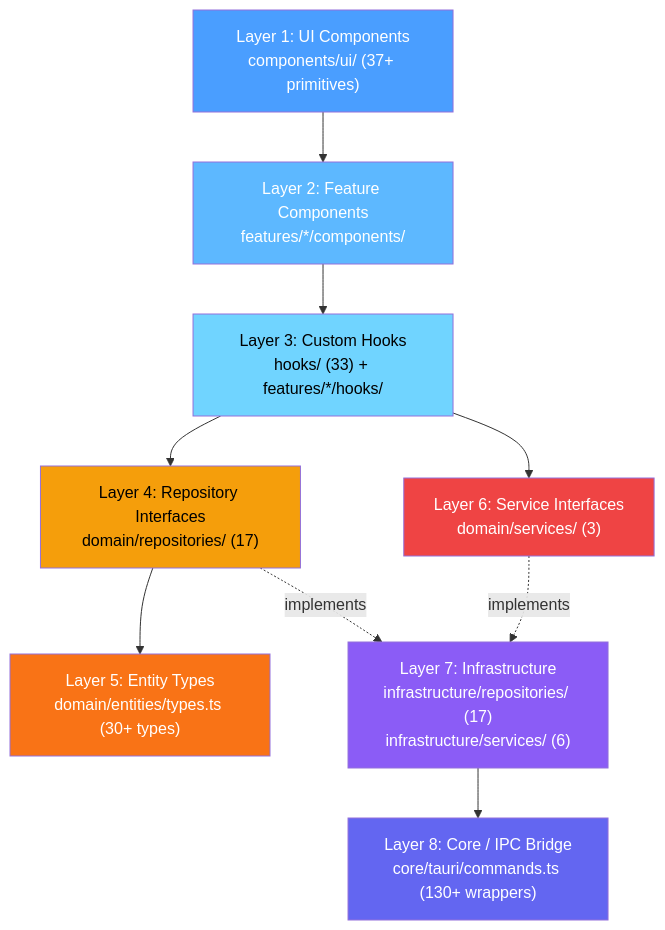
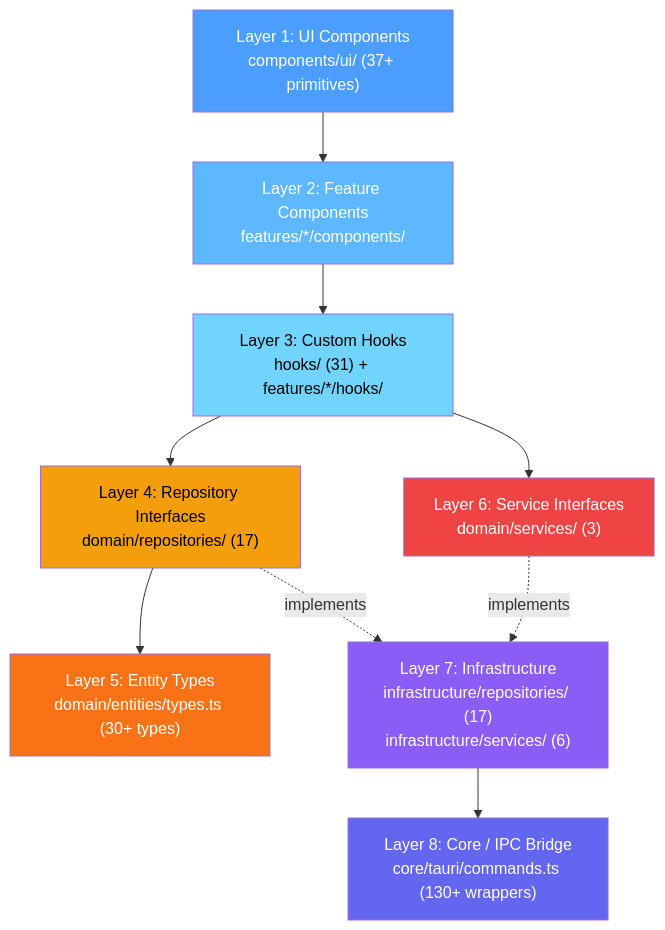
One commit to Sai-Roopesh/becomeAnAuthor changed the third of 6 diagrams in docs/hld.md. Above: the diagram before and after it, drawn with Mermaid. The commit also changed other lines of this file and 2 other files, not shown here.

````diff
--- a/docs/hld.md
+++ b/docs/hld.md
@@ -341,26 +341,26 @@
 ```mermaid
 graph TB
     L1["Layer 1: UI Components<br/>components/ui/ (37+ primitives)"]
     L2["Layer 2: Feature Components<br/>features/*/components/"]
-    L3["Layer 3: Custom Hooks<br/>hooks/ (33) + features/*/hooks/"]
+    L3["Layer 3: Custom Hooks<br/>hooks/ (31) + features/*/hooks/"]
     L4["Layer 4: Repository Interfaces<br/>domain/repositories/ (17)"]
     L5["Layer 5: Entity Types<br/>domain/entities/types.ts (30+ types)"]
     L6["Layer 6: Service Interfaces<br/>domain/services/ (3)"]
     L7["Layer 7: Infrastructure<br/>infrastructure/repositories/ (17)<br/>infrastructure/services/ (6)"]
     L8["Layer 8: Core / IPC Bridge<br/>core/tauri/commands.ts (130+ wrappers)"]
 
     L1 --> L2 --> L3 --> L4 --> L5
     L3 --> L6
     L4 -.->|"implements"| L7
     L6 -.->|"implements"| L7
     L7 --> L8
 
     style L1 fill:#4a9eff,color:white
     style L2 fill:#5db8ff,color:white
     style L3 fill:#70d4ff,color:black
     style L4 fill:#f59e0b,color:black
     style L5 fill:#f97316,color:white
     style L6 fill:#ef4444,color:white
     style L7 fill:#8b5cf6,color:white
     style L8 fill:#6366f1,color:white
 ```
````
